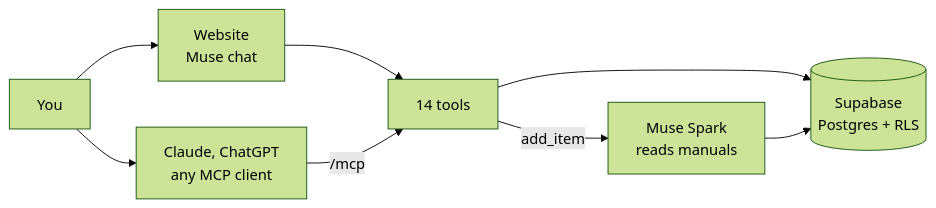
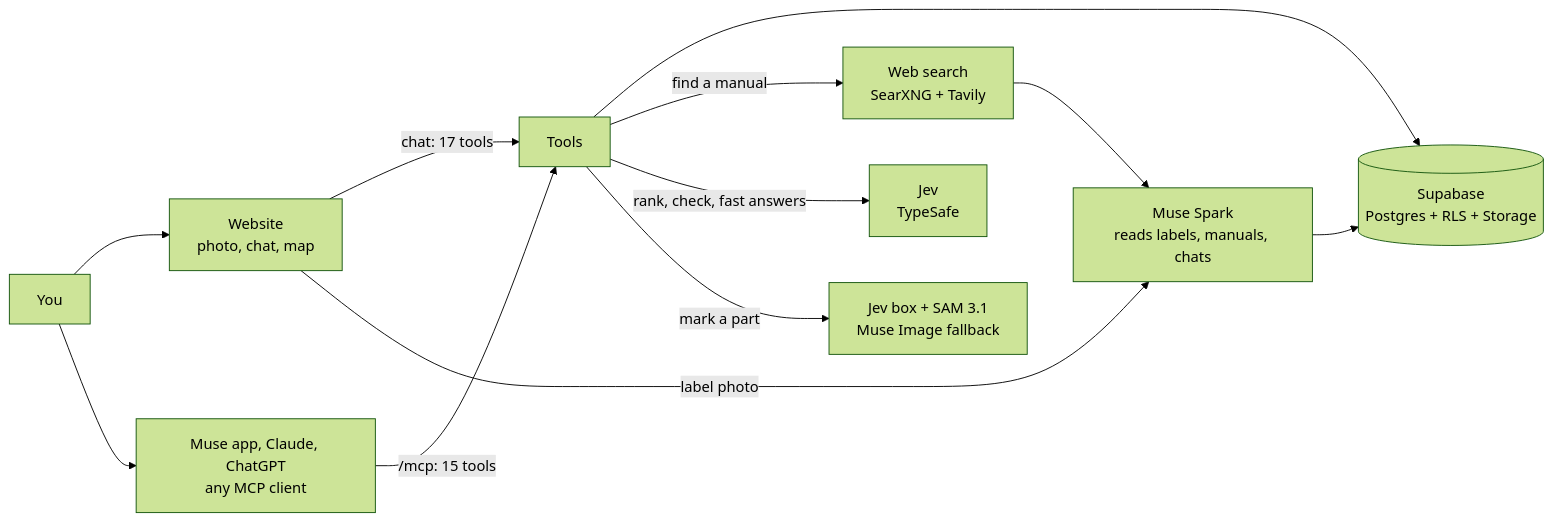
The diagram in README.md (lperezmo/manuals-mcp), drawn with Mermaid (forest theme) before and after one commit. The commit also changed other lines of this file, not shown here.

Commit message:
docs: the README diagram shows today's app: the Muse app on /mcp, 15 MCP and 17 chat tools, web search, Jev, and part marking; check_flagged joins the tool table

````diff
--- a/README.md
+++ b/README.md
@@ -14,10 +14,14 @@
 ```mermaid
 flowchart LR
-  you["You"] --> site["Website\nMuse chat"]
-  you --> ai["Claude, ChatGPT\nany MCP client"]
-  site --> tools["14 tools"]
-  ai -- "/mcp" --> tools
-  tools --> db[("Supabase\nPostgres + RLS")]
-  tools -- "add_item" --> muse["Muse Spark\nreads manuals"]
+  you["You"] --> site["Website\nphoto, chat, map"]
+  you --> ai["Muse app, Claude, ChatGPT\nany MCP client"]
+  site -- "chat: 17 tools" --> tools["Tools"]
+  ai -- "/mcp: 15 tools" --> tools
+  tools --> db[("Supabase\nPostgres + RLS + Storage")]
+  site -- "label photo" --> muse
+  tools -- "find a manual" --> web["Web search\nSearXNG + Tavily"]
+  web --> muse["Muse Spark\nreads labels, manuals, chats"]
   muse --> db
+  tools -- "rank, check, fast answers" --> jev["Jev\nTypeSafe"]
+  tools -- "mark a part" --> mark["Jev box + SAM 3.1\nMuse Image fallback"]
 ```
````
